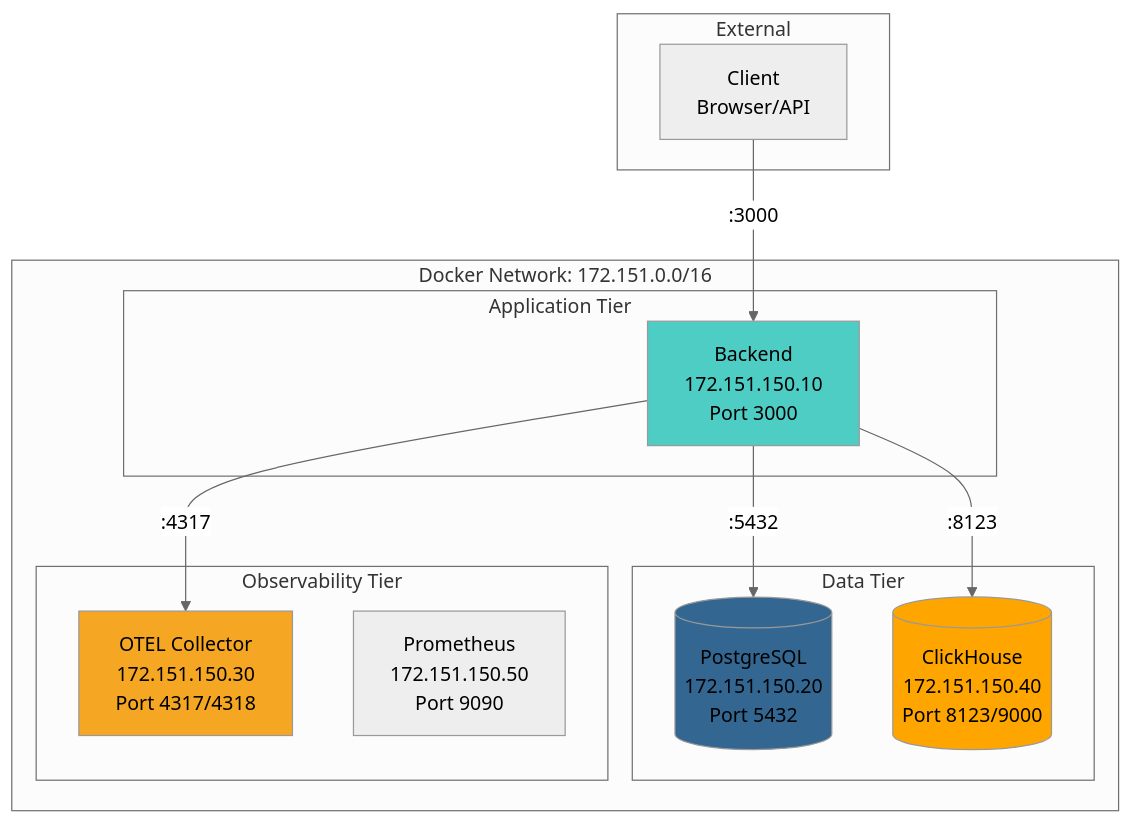
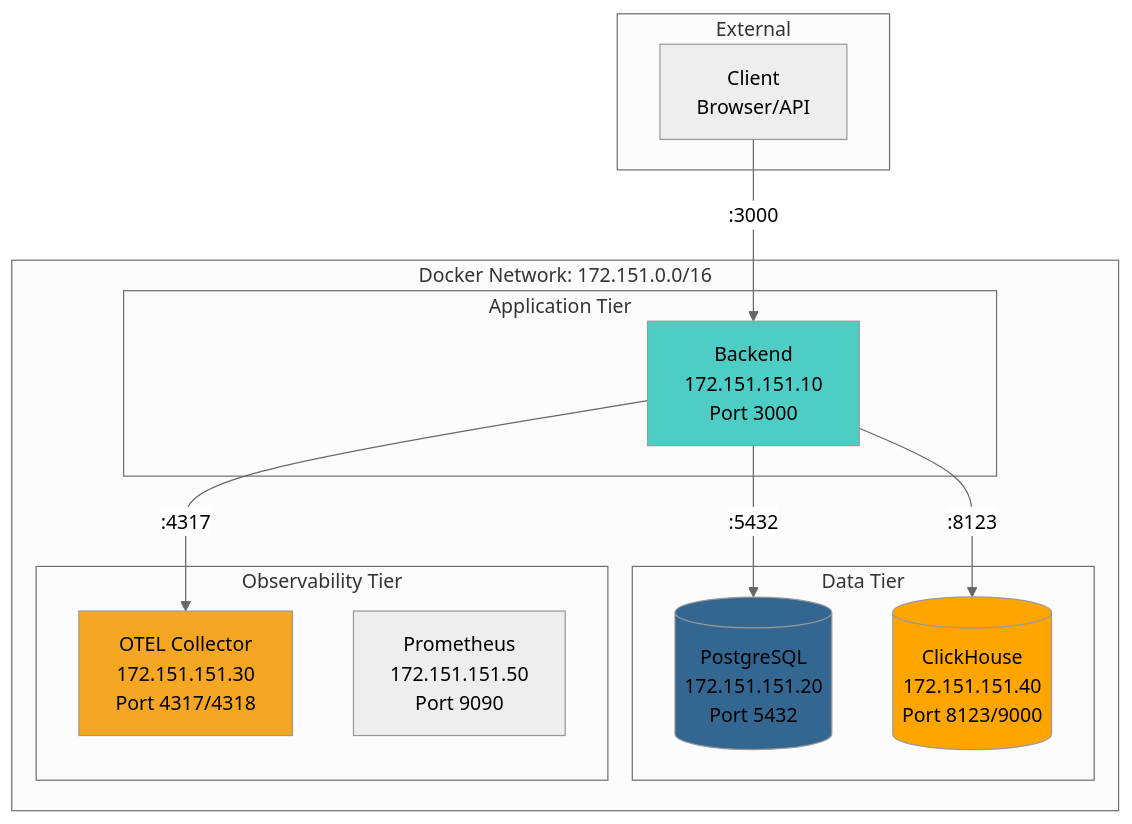
Diagram 11 of 14 in docs/ARCHITECTURE_DIAGRAMS.md (telemetryflow/telemetryflow-core), drawn with Mermaid (neutral theme) before and after one commit. The commit also changed other lines of this file and 11 other files, not shown here.

````diff
--- a/docs/ARCHITECTURE_DIAGRAMS.md
+++ b/docs/ARCHITECTURE_DIAGRAMS.md
@@ -375,32 +375,32 @@
 ```mermaid
 graph TB
     subgraph "External"
         Client[Client<br/>Browser/API]
     end
-    
+
     subgraph "Docker Network: 172.151.0.0/16"
         subgraph "Application Tier"
-            BE[Backend<br/>172.151.150.10<br/>Port 3000]
+            BE[Backend<br/>172.151.151.10<br/>Port 3000]
         end
-        
+
         subgraph "Data Tier"
-            PG[(PostgreSQL<br/>172.151.150.20<br/>Port 5432)]
-            CH[(ClickHouse<br/>172.151.150.40<br/>Port 8123/9000)]
+            PG[(PostgreSQL<br/>172.151.151.20<br/>Port 5432)]
+            CH[(ClickHouse<br/>172.151.151.40<br/>Port 8123/9000)]
         end
-        
+
         subgraph "Observability Tier"
-            OTEL[OTEL Collector<br/>172.151.150.30<br/>Port 4317/4318]
-            PROM[Prometheus<br/>172.151.150.50<br/>Port 9090]
+            OTEL[OTEL Collector<br/>172.151.151.30<br/>Port 4317/4318]
+            PROM[Prometheus<br/>172.151.151.50<br/>Port 9090]
         end
     end
-    
+
     Client -->|:3000| BE
     BE -->|:5432| PG
     BE -->|:8123| CH
     BE -->|:4317| OTEL
-    
+
     style BE fill:#4ecdc4
     style PG fill:#336791
     style CH fill:#ffa500
     style OTEL fill:#f5a623
 ```
````
